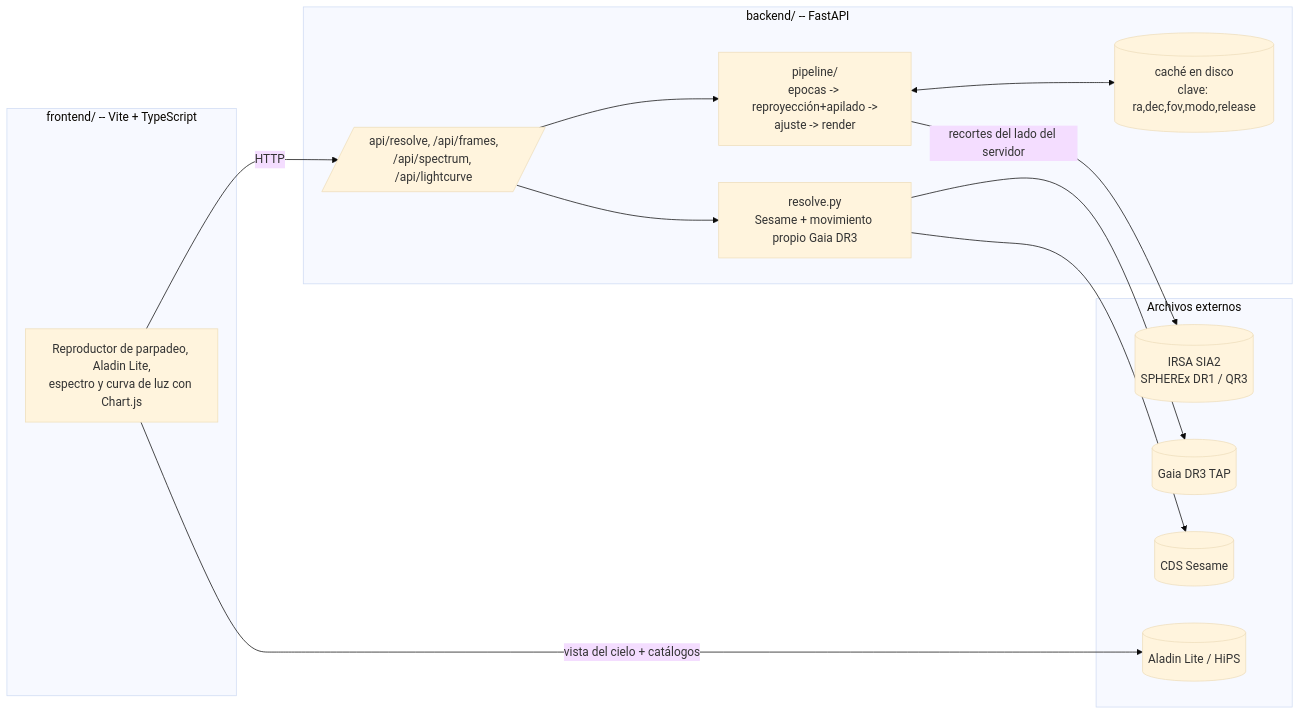
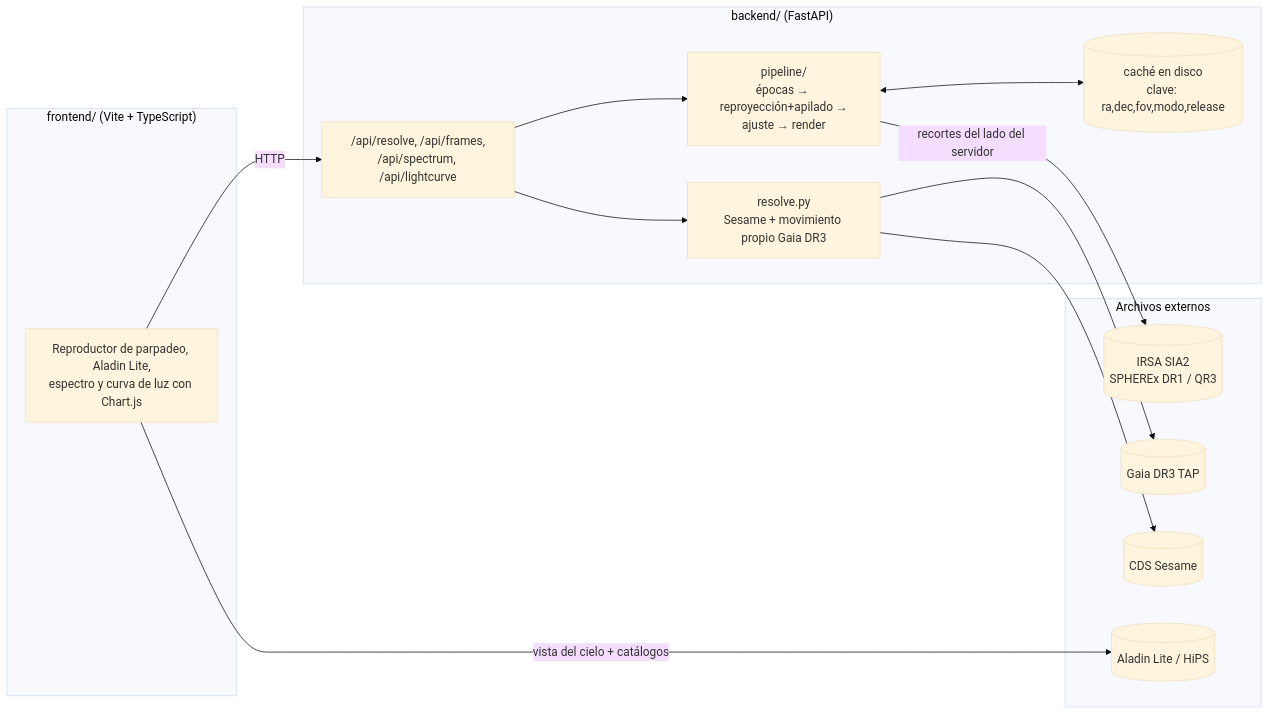
One commit to Rikethken93/spherex-blink changed the diagram in README.es.md. Above: the diagram before and after it, drawn with Mermaid (base theme). The commit also changed 13 other files, not shown here.

Commit message:
Fix mermaid diagram syntax (quoted labels, br tags) and verify both render correctly

````diff
--- a/README.es.md
+++ b/README.es.md
@@ -70,28 +70,28 @@
 ```mermaid
 flowchart LR
-    subgraph Frontend [frontend/ -- Vite + TypeScript]
-        UI[Reproductor de parpadeo, Aladin Lite,\nespectro y curva de luz con Chart.js]
+    subgraph Frontend ["frontend/ (Vite + TypeScript)"]
+        UI["Reproductor de parpadeo, Aladin Lite,<br/>espectro y curva de luz con Chart.js"]
     end
 
-    subgraph Backend [backend/ -- FastAPI]
-        API[/api/resolve, /api/frames,\n/api/spectrum, /api/lightcurve/]
-        Resolve[resolve.py\nSesame + movimiento propio Gaia DR3]
-        Pipeline[pipeline/\nepocas -> reproyección+apilado ->\najuste -> render]
-        Cache[(caché en disco\nclave: ra,dec,fov,modo,release)]
+    subgraph Backend ["backend/ (FastAPI)"]
+        API["/api/resolve, /api/frames,<br/>/api/spectrum, /api/lightcurve"]
+        Resolve["resolve.py<br/>Sesame + movimiento propio Gaia DR3"]
+        Pipeline["pipeline/<br/>épocas → reproyección+apilado →<br/>ajuste → render"]
+        Cache[("caché en disco<br/>clave: ra,dec,fov,modo,release")]
     end
 
-    subgraph External [Archivos externos]
-        IRSA[(IRSA SIA2\nSPHEREx DR1 / QR3)]
-        Gaia[(Gaia DR3 TAP)]
-        Sesame[(CDS Sesame)]
-        Aladin[(Aladin Lite / HiPS)]
+    subgraph External ["Archivos externos"]
+        IRSA[("IRSA SIA2<br/>SPHEREx DR1 / QR3")]
+        Gaia[("Gaia DR3 TAP")]
+        Sesame[("CDS Sesame")]
+        Aladin[("Aladin Lite / HiPS")]
     end
 
     UI -->|HTTP| API
     API --> Resolve --> Gaia
     Resolve --> Sesame
     API --> Pipeline
     Pipeline -->|recortes del lado del servidor| IRSA
     Pipeline <--> Cache
     UI -->|vista del cielo + catálogos| Aladin
 ```
````
